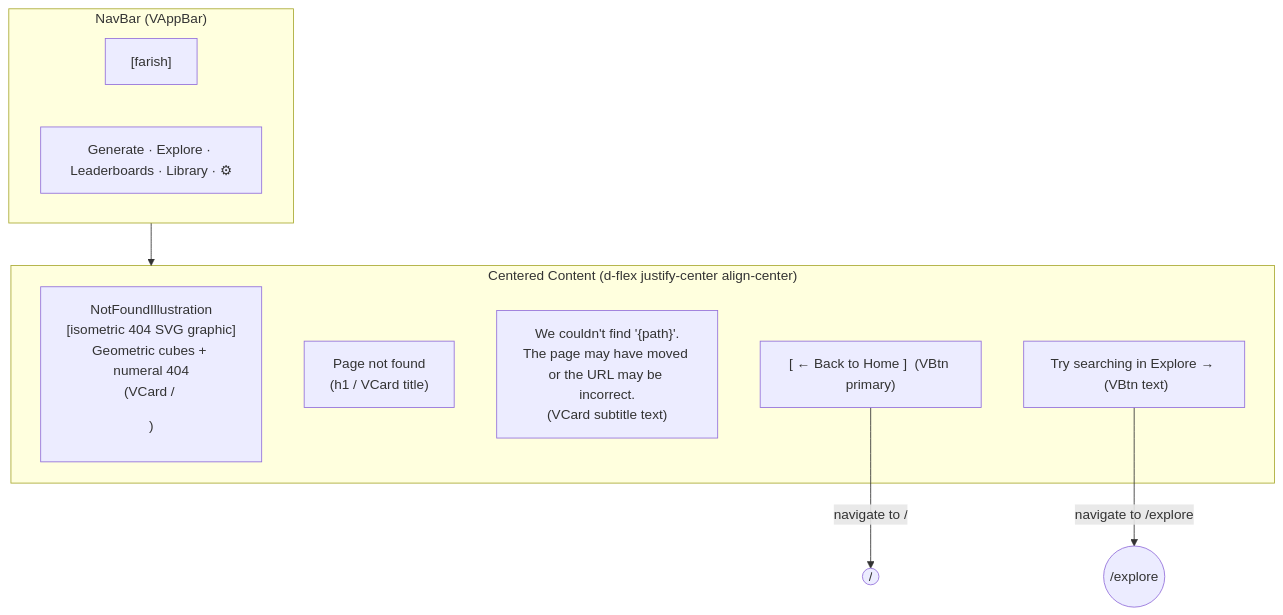
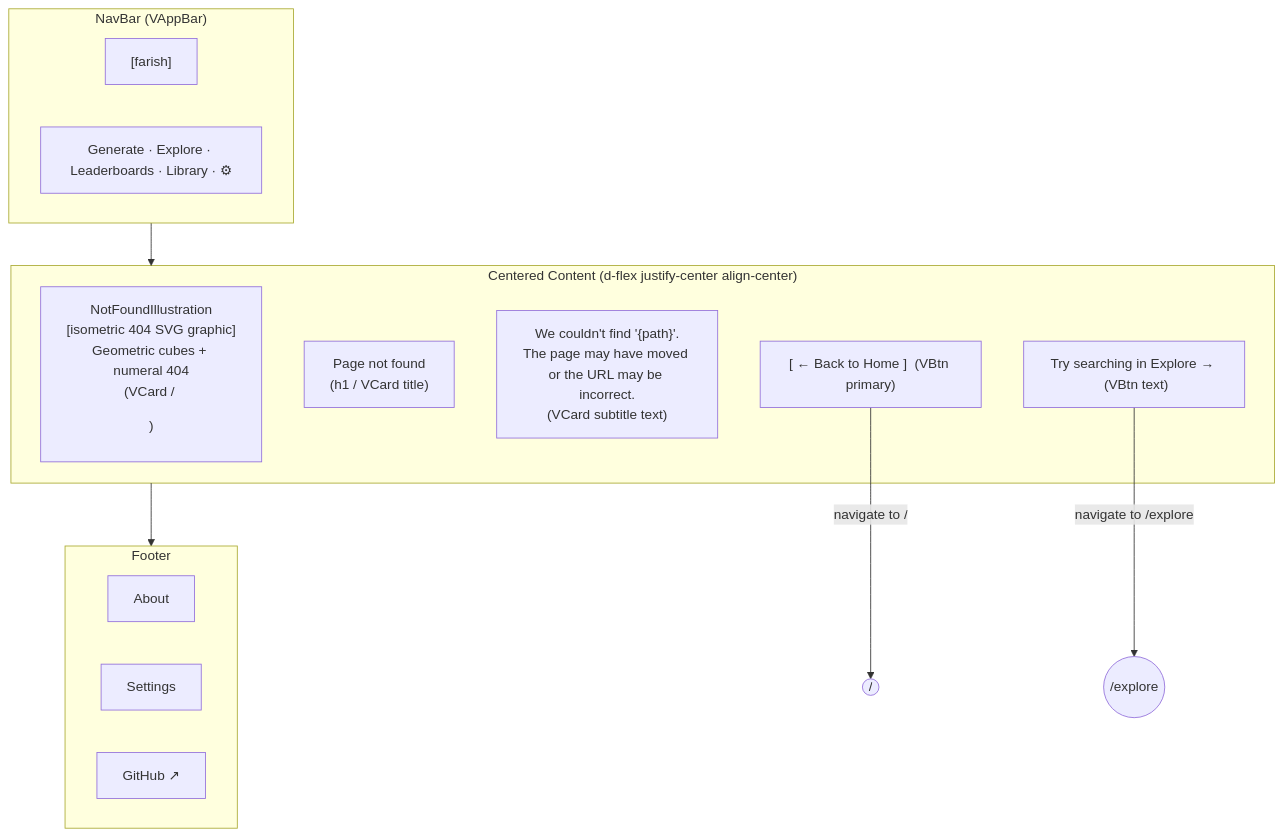
The diagram in docs/pages/not-found/wireframes/page.mermaid.md (nsheaps/farish), drawn with Mermaid before and after one commit. The commit also changed other lines of this file and 30 other files, not shown here.

First line of the commit message:
docs(pages): step-16 cross-page validation — global footer, nav consistency fixes

````diff
--- a/docs/pages/not-found/wireframes/page.mermaid.md
+++ b/docs/pages/not-found/wireframes/page.mermaid.md
@@ -3,19 +3,25 @@
 ```mermaid
 flowchart TB
     subgraph NavBar["NavBar (VAppBar)"]
         Logo["[farish]"]
         NavLinks["Generate · Explore · Leaderboards · Library · ⚙"]
     end
 
     subgraph CenteredCard["Centered Content (d-flex justify-center align-center)"]
         NotFoundIllustration["NotFoundIllustration\n[isometric 404 SVG graphic]\nGeometric cubes + numeral 404\n(VCard / <figure>)"]
         NotFoundHeadline["Page not found\n(h1 / VCard title)"]
         NotFoundMessage["We couldn't find '{path}'.\nThe page may have moved or the URL may be incorrect.\n(VCard subtitle text)"]
         HomeButton["[ ← Back to Home ]  (VBtn primary)"]
         ExploreLink["Try searching in Explore →  (VBtn text)"]
     end
 
-    NavBar --> CenteredCard
+    subgraph Footer["Footer"]
+        AboutLink["About"]
+        SettingsLink["Settings"]
+        GithubLink["GitHub ↗"]
+    end
+
+    NavBar --> CenteredCard --> Footer
     HomeButton -->|"navigate to /"| HomePage(("/"))
     ExploreLink -->|"navigate to /explore"| ExplorePage(("/explore"))
 ```
````
